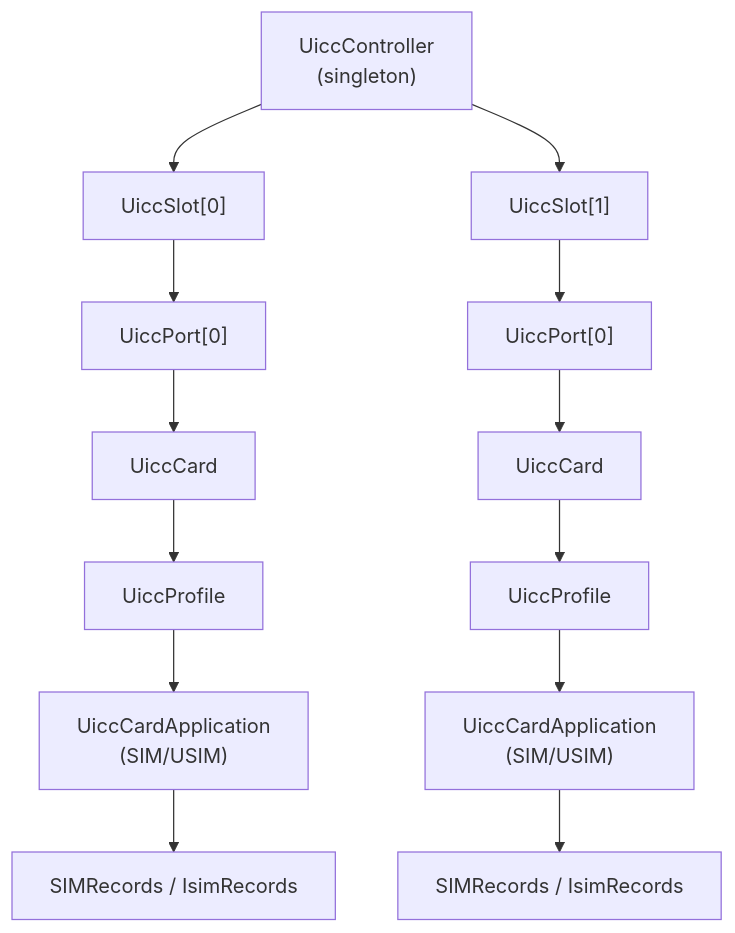
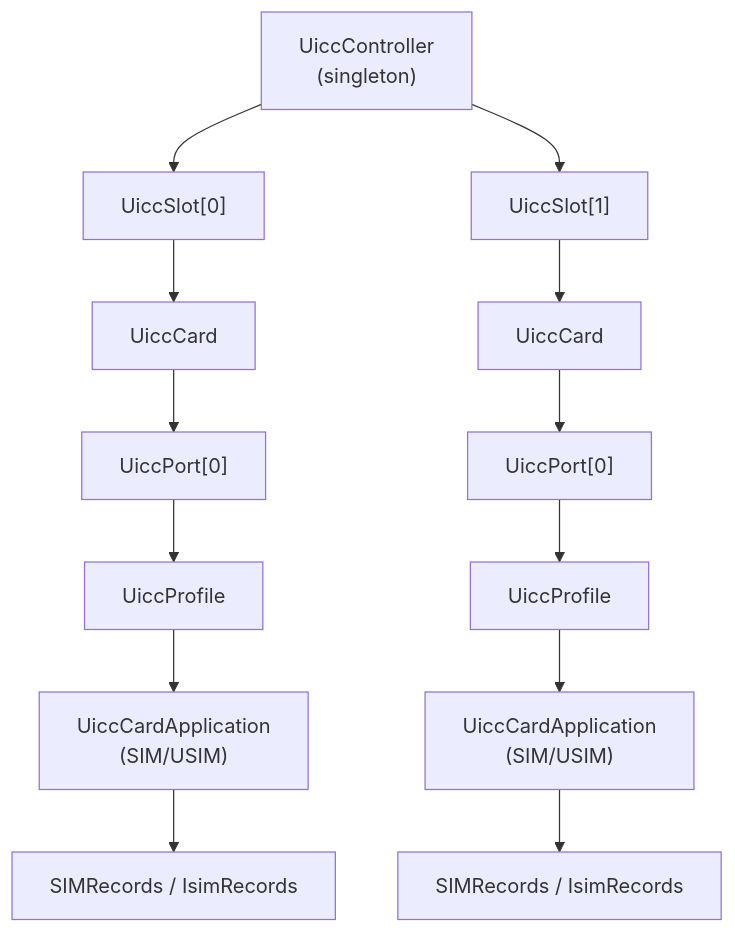
Before and after one commit to aospbooks/aosp-internal-book: diagram 11 of 55 in 36-telephony.md, drawn with Mermaid. The commit also changed other lines of this file and 218 other files, not shown here.

````diff
--- a/36-telephony.md
+++ b/36-telephony.md
@@ -1044,16 +1066,16 @@
 ```mermaid
 graph TD
     UC["UiccController<br/>(singleton)"]
     UC --> US1["UiccSlot[0]"]
     UC --> US2["UiccSlot[1]"]
-    US1 --> UP1["UiccPort[0]"]
-    US2 --> UP2["UiccPort[0]"]
-    UP1 --> UCard1["UiccCard"]
-    UP2 --> UCard2["UiccCard"]
-    UCard1 --> UProf1["UiccProfile"]
-    UCard2 --> UProf2["UiccProfile"]
+    US1 --> UCard1["UiccCard"]
+    US2 --> UCard2["UiccCard"]
+    UCard1 --> UP1["UiccPort[0]"]
+    UCard2 --> UP2["UiccPort[0]"]
+    UP1 --> UProf1["UiccProfile"]
+    UP2 --> UProf2["UiccProfile"]
     UProf1 --> App1["UiccCardApplication<br/>(SIM/USIM)"]
     UProf2 --> App2["UiccCardApplication<br/>(SIM/USIM)"]
     App1 --> Rec1["SIMRecords / IsimRecords"]
     App2 --> Rec2["SIMRecords / IsimRecords"]
 ```
````
